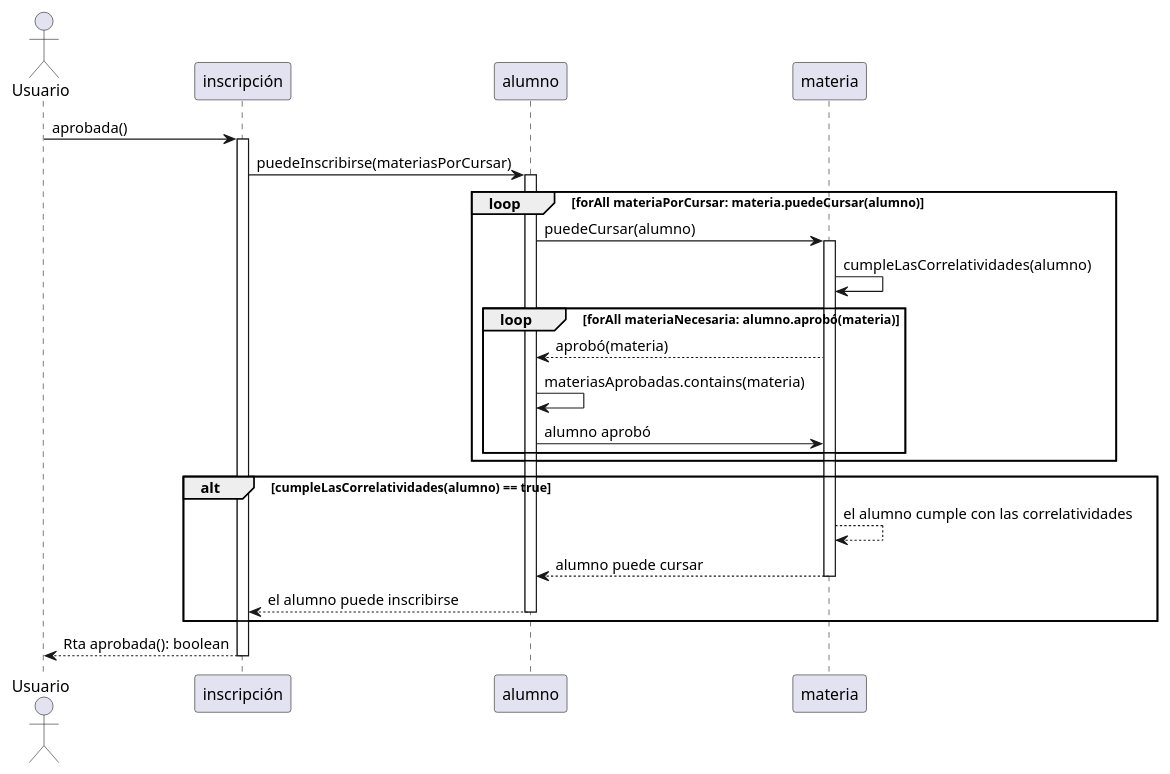
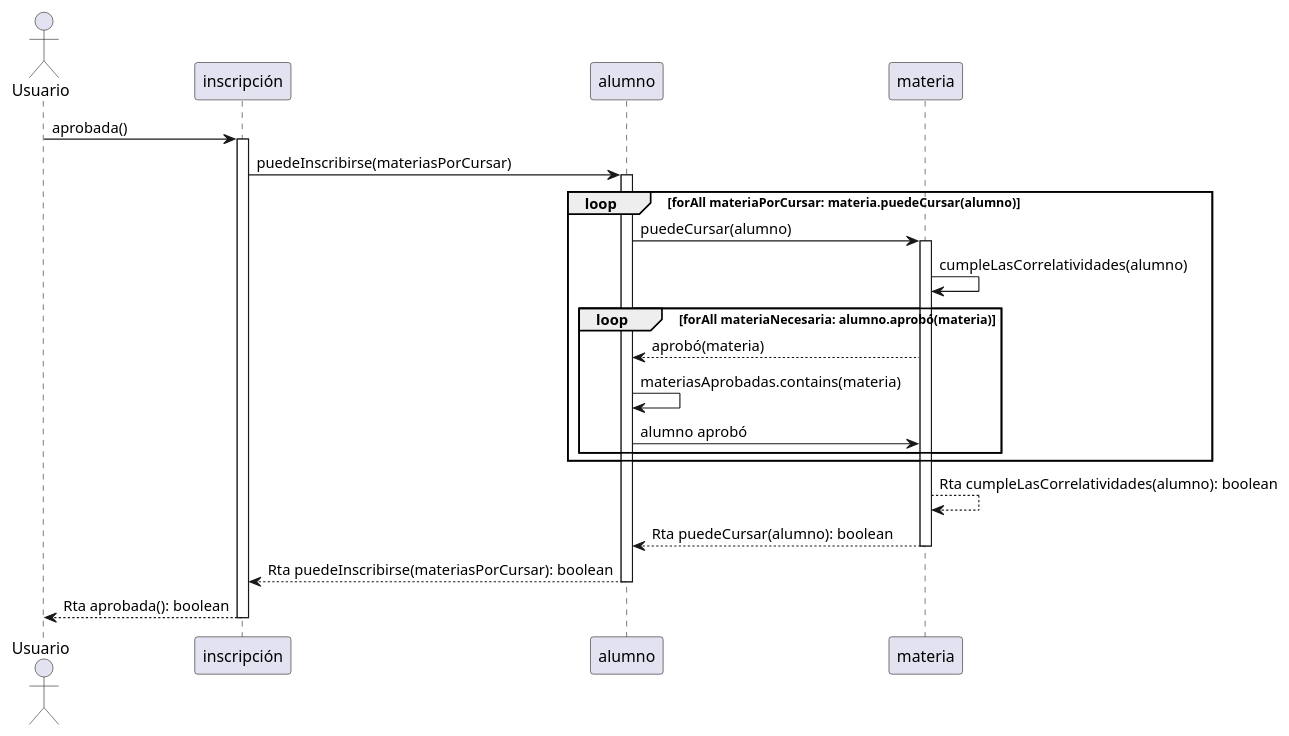
Before and after one commit to valenosa/PracticasDDS: the second of 2 diagrams in diagramas.puml, drawn with PlantUML.

Commit message:
Modificación diagrama de secuencia

```diff
--- a/diagramas.puml
+++ b/diagramas.puml
@@ -36,31 +36,29 @@
 @startuml
 actor Usuario
 participant inscripción
 participant alumno
 participant materia
 
 Usuario -> inscripción ++ :aprobada()
 
 inscripción -> alumno ++ : puedeInscribirse(materiasPorCursar) /'¿tengo que usar los nombres de los métodos o me puedo abstraer de eso?'/
 loop forAll materiaPorCursar: materia.puedeCursar(alumno) /'¿Alguna recomendación en cuanto a cómo etiquetar estos loops?'/
     alumno -> materia ++ : puedeCursar(alumno) /'¿Cómo expreso que para toda materia por cursar el alumno chequea si puede cursar la materia? hice un loop pero no se si es lo correcto'/
     materia -> materia : cumpleLasCorrelatividades(alumno) /'Debería hacer otro alt para mostrar la diferencia entre si las cumple o no, o poner toda esta funcionalidad dentro de otro diagrama de secuencia como dice este link: https://stackoverflow.com/questions/70527413/is-nested-alt-in-sequence-diagram-a-good-practice'/
     loop forAll materiaNecesaria: alumno.aprobó(materia)
         materia --> alumno :aprobó(materia)
         alumno -> alumno : materiasAprobadas.contains(materia) /'¿Es necesario mostrar este tipo de detalles? o es preferible obviarlo y dejarlo solamente como que se le preguntó al alumno si aprobó y este respondió?'/
         alumno -> materia : alumno aprobó
     end
 end
-alt cumpleLasCorrelatividades(alumno) == true
-    materia --> materia : el alumno cumple con las correlatividades /'Tiene sentido que el objeto se responda a sí mismo la pregunta que se hizo en un principio?'/
-    materia --> alumno -- : alumno puede cursar /'¿La respuesta a un loop debería estar dentro de la cajita del loop o fuera?'/
-    alumno --> inscripción -- : el alumno puede inscribirse
-end
+materia --> materia : Rta cumpleLasCorrelatividades(alumno): boolean /'Tiene sentido que el objeto se responda a sí mismo la pregunta que se hizo en un principio?'/
+materia --> alumno -- : Rta puedeCursar(alumno): boolean /'¿La respuesta a un loop debería estar dentro de la cajita del loop o fuera?'/
+alumno --> inscripción -- : Rta puedeInscribirse(materiasPorCursar): boolean /'Debería dejarlo como estaba antes (más expresivo y declarativo) o poner esto? Lo cambié porque siento que así ya no es necesario poner el alt dado que es obvio que devuelve un bool y la respuesta se basa en eso'/
 inscripción --> Usuario -- : Rta aprobada(): boolean
 
 
 
 
 
 /'¿Qué tan específico debería ser con el diagrama? Es preferible tener todos los for e if diagramados y que se vea toda la lógica del programa, o que se vea una abstracción a más alto nivel que muestre las funcionalidades principales del programa (y en caso de ser necesario hacer otros diagramas de secuencia para mostrar secuencias más específicas (como for e if muy nesteados))?'/
 @enduml
```
